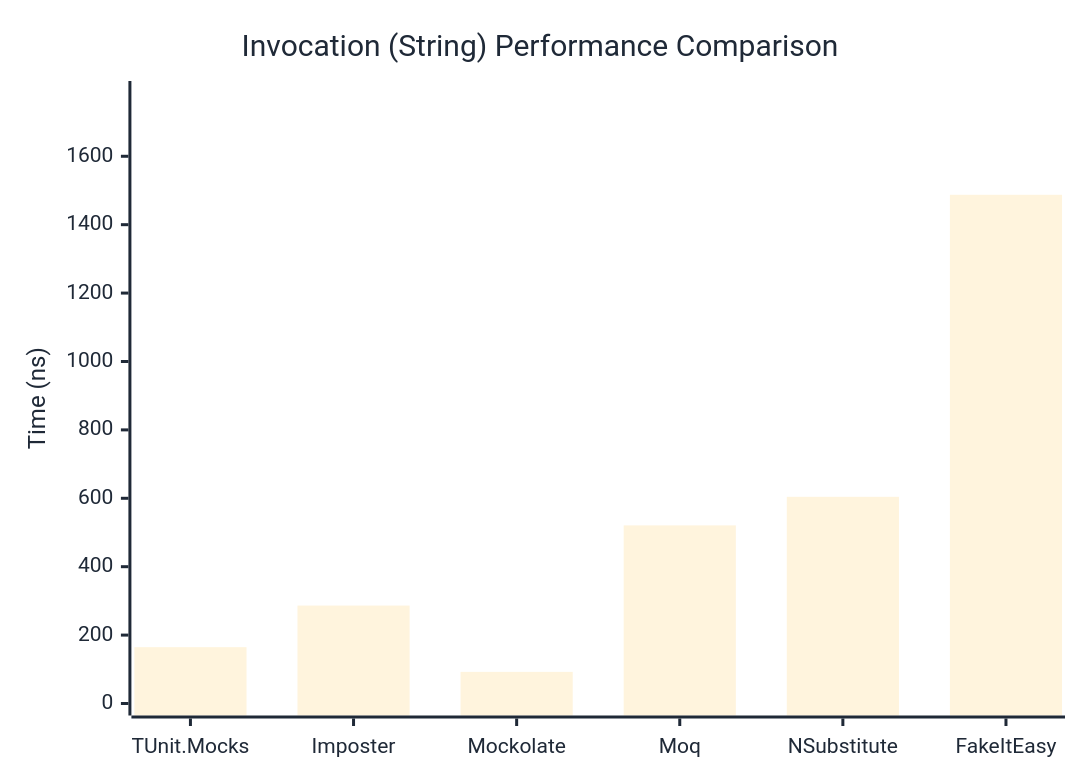
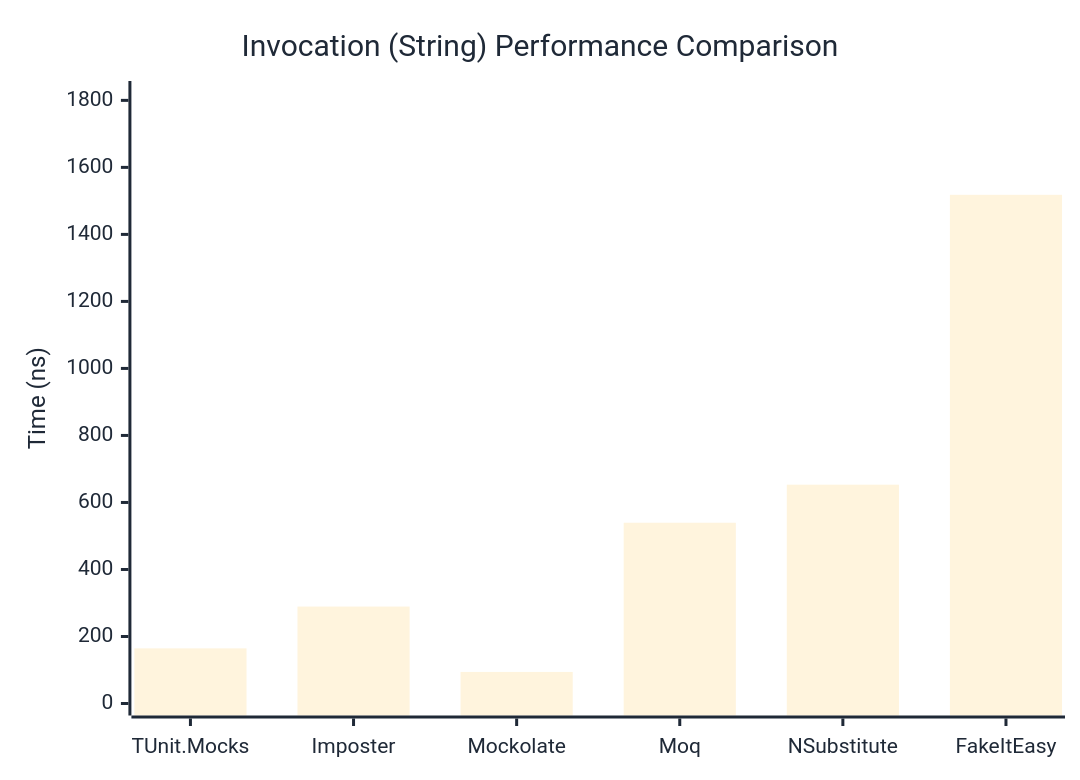
The second of 3 diagrams in docs/docs/benchmarks/mocks/Invocation.md (thomhurst/TUnit), drawn with Mermaid before and after one commit. The commit also changed other lines of this file and 14 other files, not shown here.

````diff
--- a/docs/docs/benchmarks/mocks/Invocation.md
+++ b/docs/docs/benchmarks/mocks/Invocation.md
@@ -71,27 +71,27 @@
 ```mermaid
 %%{init: {
   'theme':'base',
   'themeVariables': {
     'primaryColor': '#2563eb',
     'primaryTextColor': '#1f2937',
     'primaryBorderColor': '#1e40af',
     'lineColor': '#6b7280',
     'secondaryColor': '#7c3aed',
     'tertiaryColor': '#dc2626',
     'background': '#ffffff',
     'pie1': '#2563eb',
     'pie2': '#7c3aed',
     'pie3': '#dc2626',
     'pie4': '#f59e0b',
     'pie5': '#10b981',
     'pie6': '#06b6d4',
     'pie7': '#ec4899',
     'pie8': '#6366f1'
   }
 }}%%
 xychart-beta
   title "Invocation (String) Performance Comparison"
   x-axis ["TUnit.Mocks", "Imposter", "Mockolate", "Moq", "NSubstitute", "FakeItEasy"]
-  y-axis "Time (ns)" 0 --> 1785
-  bar [164.69, 286.33, 92.44, 520.79, 604.3, 1487.39]
+  y-axis "Time (ns)" 0 --> 1822
+  bar [164.6, 289.32, 94.23, 539.45, 653.06, 1518.09]
 ```
````
